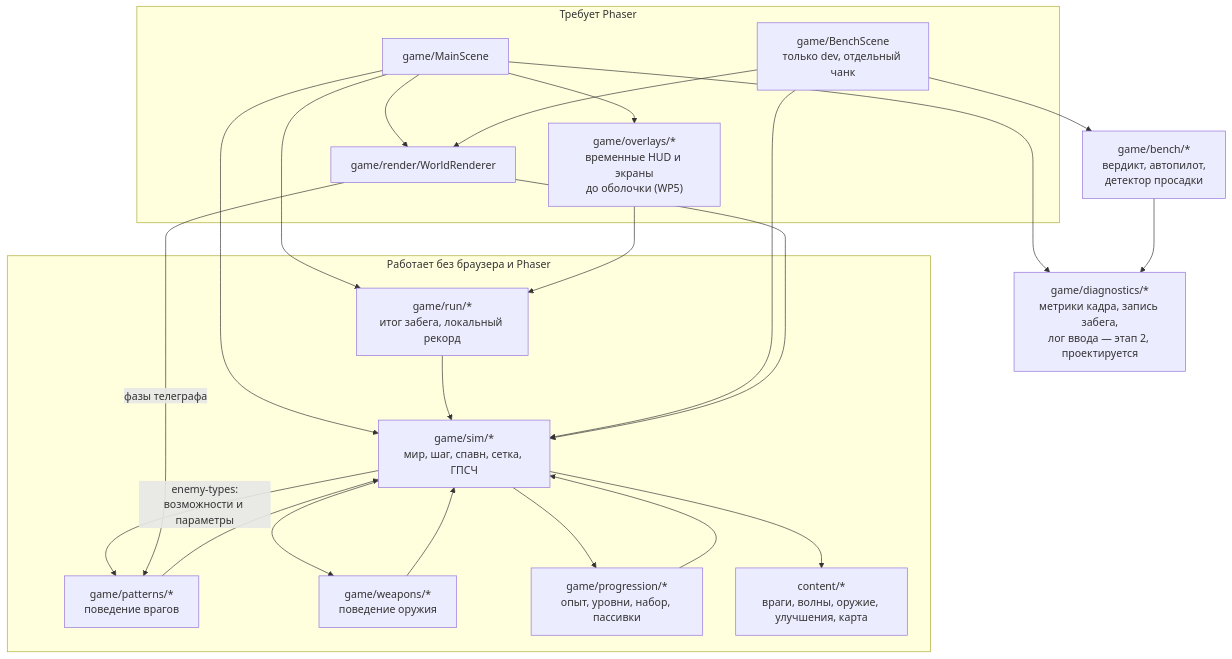
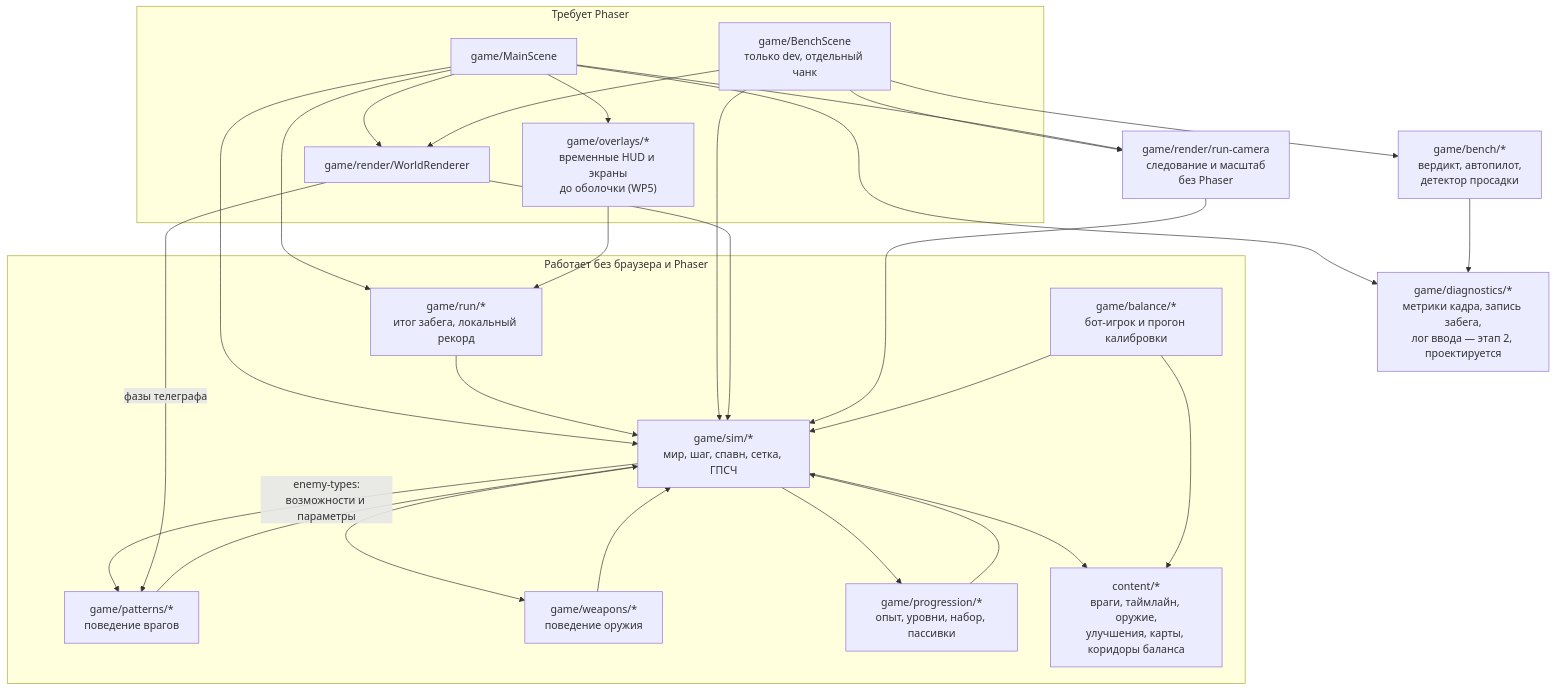
Before and after one commit to JJSGxKD/rubezh: the sixth of 18 diagrams in docs/21-diagrams.md, drawn with Mermaid. The commit also changed other lines of this file and 53 other files, not shown here.

First line of the commit message:
feat(core-game): Добавь бесконечный мир и таймлайн (#8)

````diff
--- a/docs/21-diagrams.md
+++ b/docs/21-diagrams.md
@@ -407,42 +407,50 @@
 ```mermaid
 flowchart TD
     subgraph headless["Работает без браузера и Phaser"]
         SIM["game/sim/*<br/>мир, шаг, спавн, сетка, ГПСЧ"]
         PAT["game/patterns/*<br/>поведение врагов"]
         WPN["game/weapons/*<br/>поведение оружия"]
         PRG["game/progression/*<br/>опыт, уровни, набор, пассивки"]
         RUN["game/run/*<br/>итог забега, локальный рекорд"]
-        CNT["content/*<br/>враги, волны, оружие, улучшения, карта"]
+        BAL["game/balance/*<br/>бот-игрок и прогон калибровки"]
+        CNT["content/*<br/>враги, таймлайн, оружие,<br/>улучшения, карты, коридоры баланса"]
     end
 
     subgraph rendered["Требует Phaser"]
         MS["game/MainScene"]
         OVL["game/overlays/*<br/>временные HUD и экраны<br/>до оболочки (WP5)"]
         BS["game/BenchScene<br/>только dev, отдельный чанк"]
         WR["game/render/WorldRenderer"]
     end
+
+    RC["game/render/run-camera<br/>следование и масштаб<br/>без Phaser"]
 
     BM["game/bench/*<br/>вердикт, автопилот,<br/>детектор просадки"]
     DG["game/diagnostics/*<br/>метрики кадра, запись забега,<br/>лог ввода — этап 2, проектируется"]
 
     PAT --> SIM
     SIM -- "enemy-types:<br/>возможности и параметры" --> PAT
     WPN --> SIM
     PRG --> SIM
     SIM --> WPN
     SIM --> PRG
     SIM --> CNT
     WR -- "фазы телеграфа" --> PAT
     MS --> SIM
     MS --> WR
     MS --> DG
     MS --> RUN
     MS --> OVL
     RUN --> SIM
     OVL --> RUN
     BS --> SIM
     BS --> WR
     BS --> BM
+    BS --> RC
     BM --> DG
     WR --> SIM
+    MS --> RC
+    RC --> SIM
+    BAL --> SIM
+    BAL --> CNT
 ```
````
